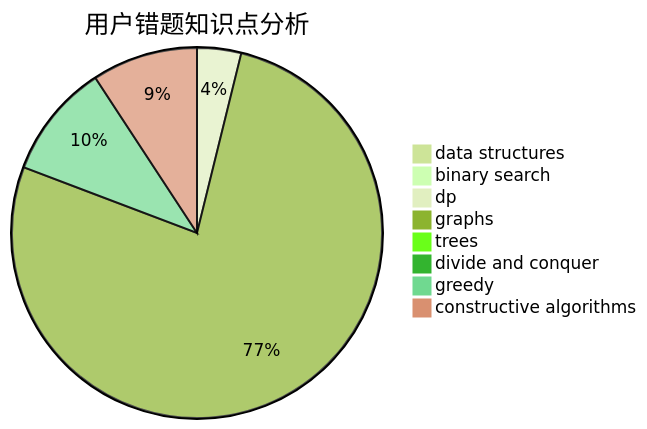
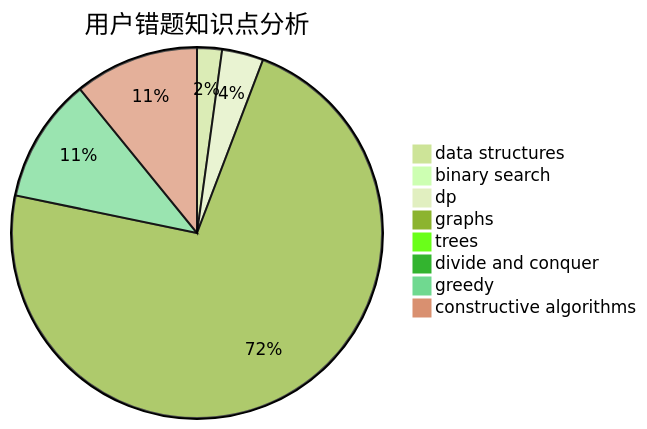
One commit to sherpahu/cfrs.github.io changed the third of 3 diagrams in docs/user/u910.md. Above: the diagram before and after it, drawn with Mermaid (forest theme). The commit also changed other lines of this file and 2770 other files, not shown here.

````diff
--- a/docs/user/u910.md
+++ b/docs/user/u910.md
@@ -36,11 +36,11 @@
 ```mermaid
 pie title 用户错题知识点分析
-    "data structures" :  0
-    "binary search" :  0
+    "data structures" :  3
+    "binary search" :  1
     "dp" :  5
     "graphs" :  100
     "trees" :  0
     "divide and conquer" :  0
-    "greedy" :  13
-    "constructive algorithms" :  12
+    "greedy" :  15
+    "constructive algorithms" :  15
 ```
````
